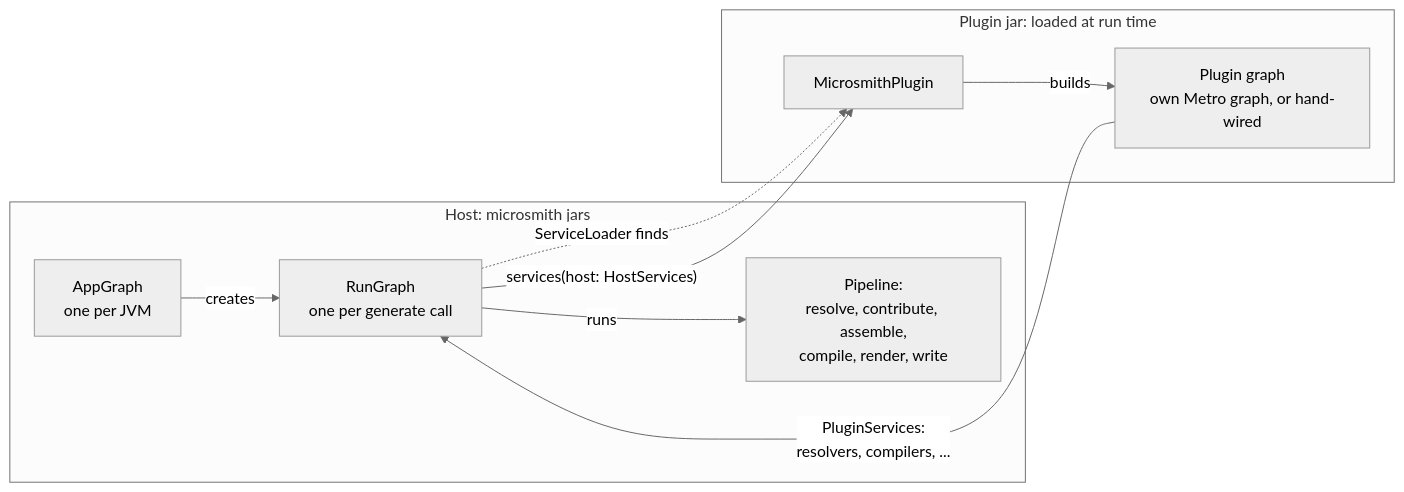
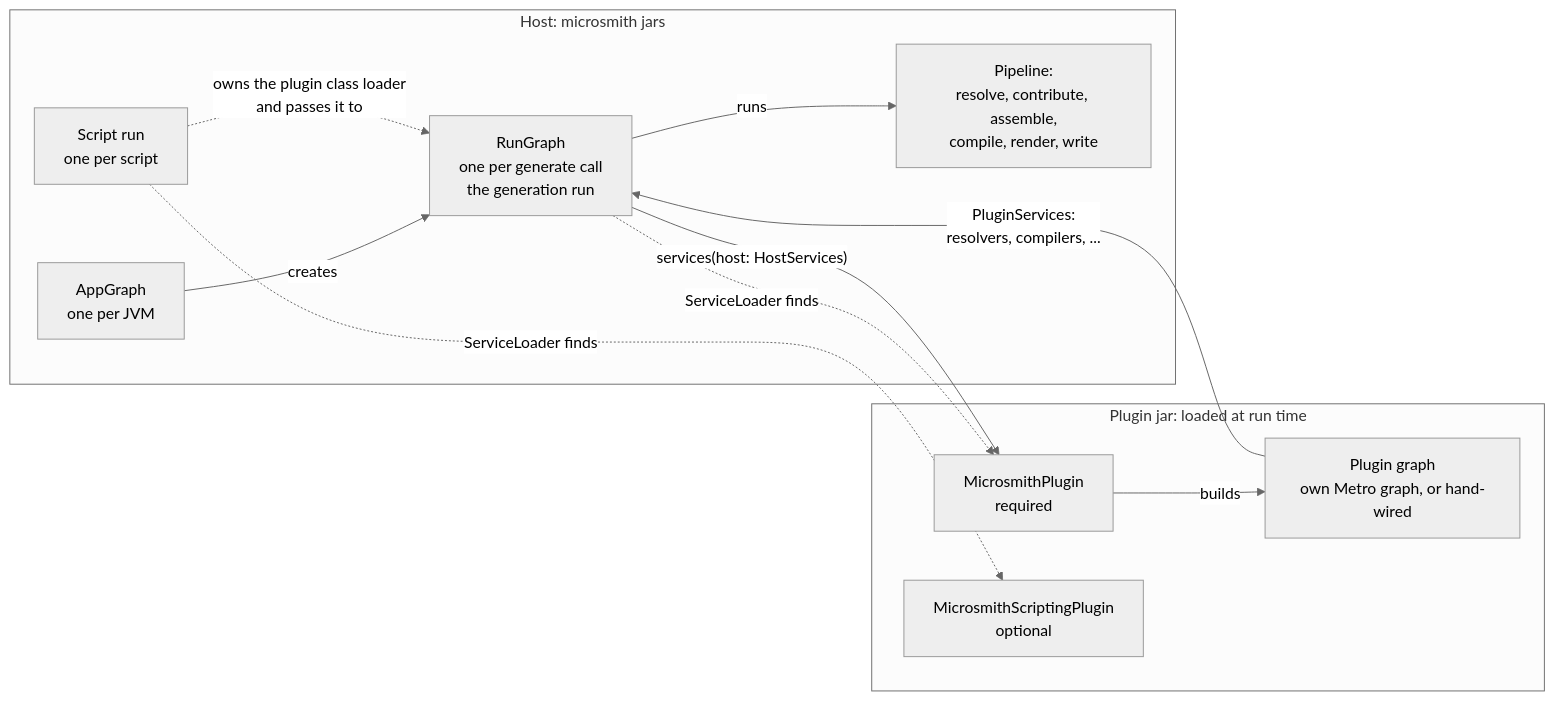
One commit to LMLiam/microsmith changed the first of 17 diagrams in docs/design/v4-dependency-injection.md. Above: the diagram before and after it, drawn with Mermaid (neutral theme). The commit also changed other lines of this file, not shown here.

````diff
--- a/docs/design/v4-dependency-injection.md
+++ b/docs/design/v4-dependency-injection.md
@@ -13,18 +23,22 @@
 ```mermaid
 flowchart LR
     subgraph HostJar["Host: microsmith jars"]
         App["AppGraph<br/>one per JVM"]
-        Run["RunGraph<br/>one per generate call"]
+        Script["Script run<br/>one per script"]
+        Run["RunGraph<br/>one per generate call<br/>the generation run"]
         Pipe["Pipeline:<br/>resolve, contribute, assemble,<br/>compile, render, write"]
         App -->|creates| Run
+        Script -.->|"owns the plugin class loader<br/>and passes it to"| Run
         Run -->|runs| Pipe
     end
     subgraph PluginJar["Plugin jar: loaded at run time"]
-        Plugin["MicrosmithPlugin"]
+        Plugin["MicrosmithPlugin<br/>required"]
+        SPlugin["MicrosmithScriptingPlugin<br/>optional"]
         PGraph["Plugin graph<br/>own Metro graph, or hand-wired"]
         Plugin -->|builds| PGraph
     end
     Run -.->|"ServiceLoader finds"| Plugin
+    Script -.->|"ServiceLoader finds"| SPlugin
     Run -->|"services(host: HostServices)"| Plugin
     PGraph -->|"PluginServices:<br/>resolvers, compilers, ..."| Run
 ```
````
